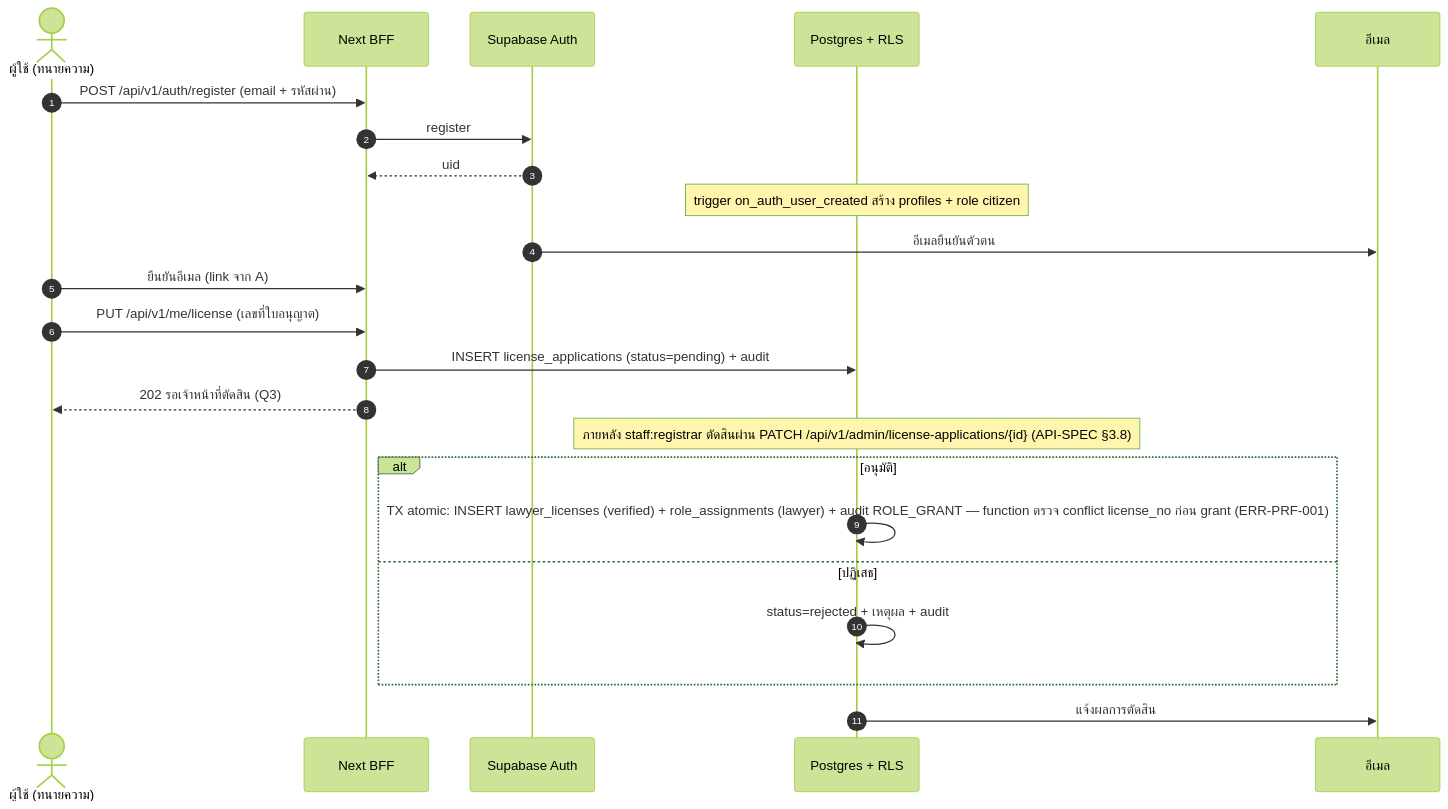
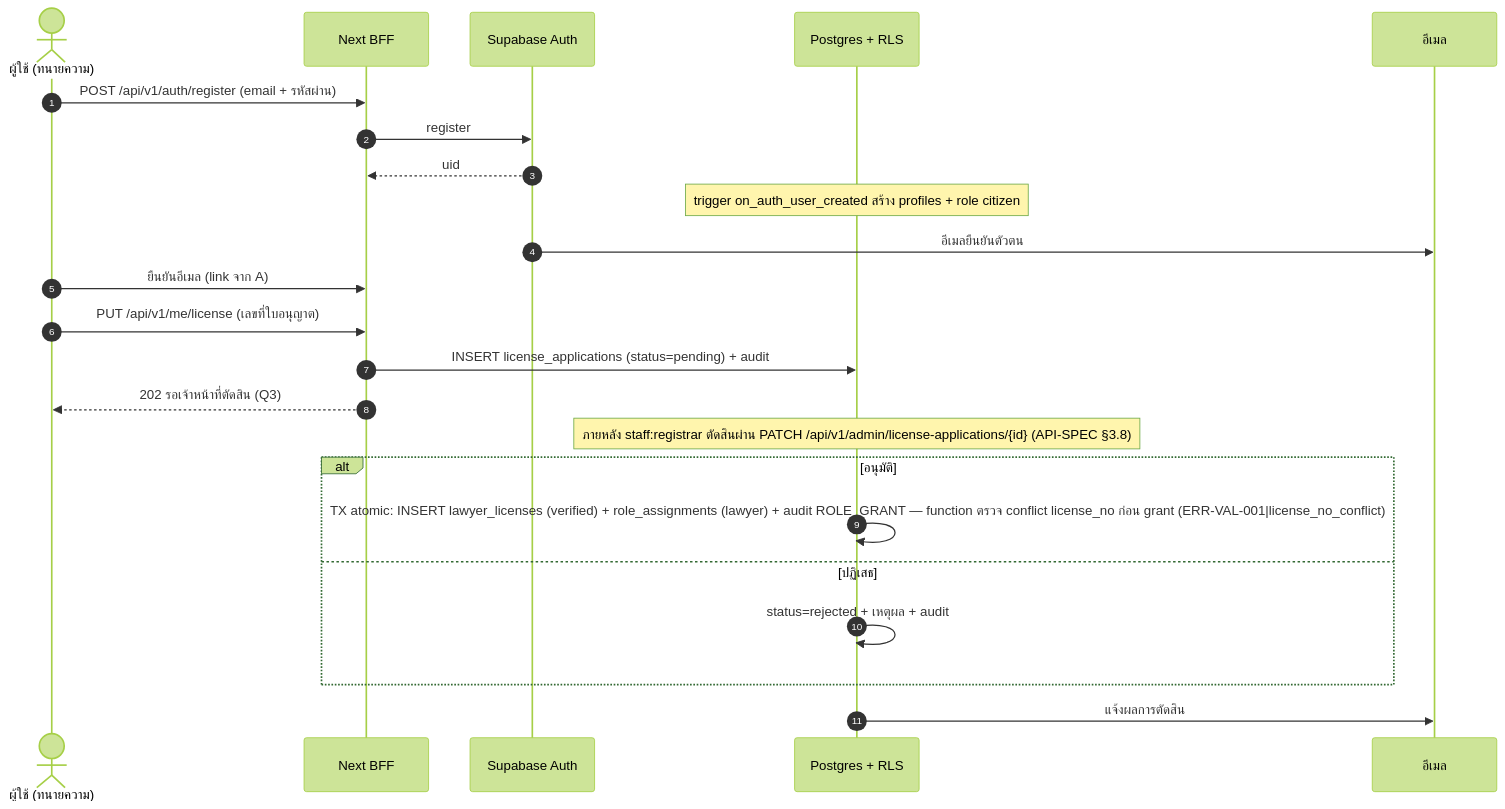
The first of 6 diagrams in docs/03-design/SDS.md (narongsak-sukma/E-Leaning-LTC), drawn with Mermaid (forest theme) before and after one commit. The commit also changed 4 other files, not shown here.

First line of the commit message:
fix(errors): ตัดรหัสตาย ERR-PRF-001/002 — as-built ใช้ ERR-VAL-001 + reason [#90]

````diff
--- a/docs/03-design/SDS.md
+++ b/docs/03-design/SDS.md
@@ -170,25 +170,25 @@
 ```mermaid
 sequenceDiagram
     autonumber
     actor U as ผู้ใช้ (ทนายความ)
     participant BFF as Next BFF
     participant A as Supabase Auth
     participant DB as Postgres + RLS
     participant M as อีเมล
     U->>BFF: POST /api/v1/auth/register (email + รหัสผ่าน)
     BFF->>A: register
     A-->>BFF: uid
     Note over DB: trigger on_auth_user_created สร้าง profiles + role citizen
     A->>M: อีเมลยืนยันตัวตน
     U->>BFF: ยืนยันอีเมล (link จาก A)
     U->>BFF: PUT /api/v1/me/license (เลขที่ใบอนุญาต)
     BFF->>DB: INSERT license_applications (status=pending) + audit
     BFF-->>U: 202 รอเจ้าหน้าที่ตัดสิน (Q3)
     Note over DB: ภายหลัง staff:registrar ตัดสินผ่าน PATCH /api/v1/admin/license-applications/{id} (API-SPEC §3.8)
     alt อนุมัติ
-        DB->>DB: TX atomic: INSERT lawyer_licenses (verified) + role_assignments (lawyer) + audit ROLE_GRANT — function ตรวจ conflict license_no ก่อน grant (ERR-PRF-001)
+        DB->>DB: TX atomic: INSERT lawyer_licenses (verified) + role_assignments (lawyer) + audit ROLE_GRANT — function ตรวจ conflict license_no ก่อน grant (ERR-VAL-001|license_no_conflict)
     else ปฏิเสธ
         DB->>DB: status=rejected + เหตุผล + audit
     end
     DB->>M: แจ้งผลการตัดสิน
 ```
````
